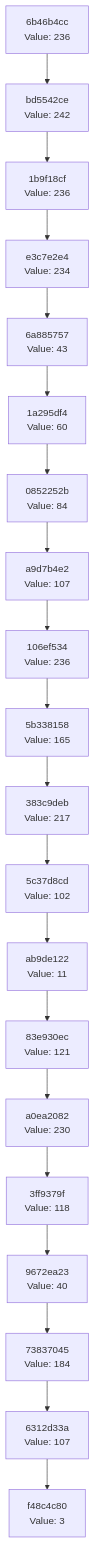
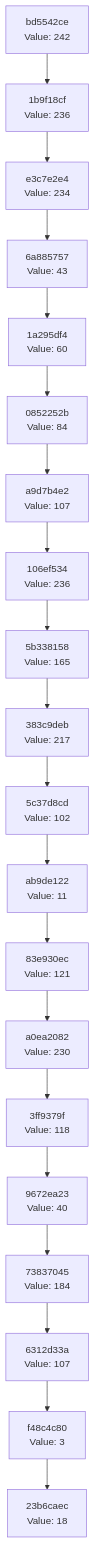
The diagram in docs/CHAIN_VISUALIZATION.md (Abhisheksinha1506/hash-chain-evolver), drawn with Mermaid before and after one commit. The commit also changed 3 other files, not shown here.

````diff
--- a/docs/CHAIN_VISUALIZATION.md
+++ b/docs/CHAIN_VISUALIZATION.md
@@ -3,42 +3,42 @@
 ```mermaid
 graph TD
-    C0["f48c4c80<br/>Value: 3"]
-    C1["6312d33a<br/>Value: 107"]
+    C0["23b6caec<br/>Value: 18"]
+    C1["f48c4c80<br/>Value: 3"]
     C1 --> C0
-    C2["73837045<br/>Value: 184"]
+    C2["6312d33a<br/>Value: 107"]
     C2 --> C1
-    C3["9672ea23<br/>Value: 40"]
+    C3["73837045<br/>Value: 184"]
     C3 --> C2
-    C4["3ff9379f<br/>Value: 118"]
+    C4["9672ea23<br/>Value: 40"]
     C4 --> C3
-    C5["a0ea2082<br/>Value: 230"]
+    C5["3ff9379f<br/>Value: 118"]
     C5 --> C4
-    C6["83e930ec<br/>Value: 121"]
+    C6["a0ea2082<br/>Value: 230"]
     C6 --> C5
-    C7["ab9de122<br/>Value: 11"]
+    C7["83e930ec<br/>Value: 121"]
     C7 --> C6
-    C8["5c37d8cd<br/>Value: 102"]
+    C8["ab9de122<br/>Value: 11"]
     C8 --> C7
-    C9["383c9deb<br/>Value: 217"]
+    C9["5c37d8cd<br/>Value: 102"]
     C9 --> C8
-    C10["5b338158<br/>Value: 165"]
+    C10["383c9deb<br/>Value: 217"]
     C10 --> C9
-    C11["106ef534<br/>Value: 236"]
+    C11["5b338158<br/>Value: 165"]
     C11 --> C10
-    C12["a9d7b4e2<br/>Value: 107"]
+    C12["106ef534<br/>Value: 236"]
     C12 --> C11
-    C13["0852252b<br/>Value: 84"]
+    C13["a9d7b4e2<br/>Value: 107"]
     C13 --> C12
-    C14["1a295df4<br/>Value: 60"]
+    C14["0852252b<br/>Value: 84"]
     C14 --> C13
-    C15["6a885757<br/>Value: 43"]
+    C15["1a295df4<br/>Value: 60"]
     C15 --> C14
-    C16["e3c7e2e4<br/>Value: 234"]
+    C16["6a885757<br/>Value: 43"]
     C16 --> C15
-    C17["1b9f18cf<br/>Value: 236"]
+    C17["e3c7e2e4<br/>Value: 234"]
     C17 --> C16
-    C18["bd5542ce<br/>Value: 242"]
+    C18["1b9f18cf<br/>Value: 236"]
     C18 --> C17
-    C19["6b46b4cc<br/>Value: 236"]
+    C19["bd5542ce<br/>Value: 242"]
     C19 --> C18
 ```
````
